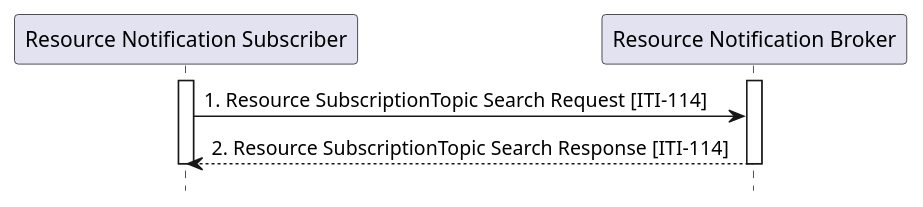
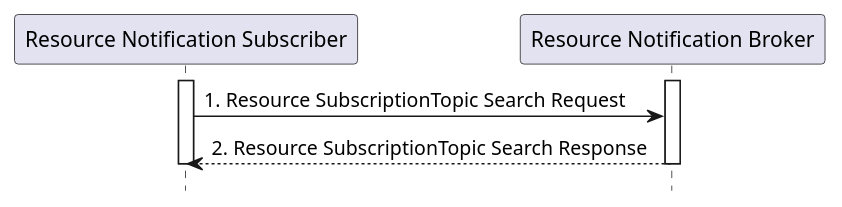
One commit to IHE/ITI.DSUBm changed the diagram in input/images-source/ITI-114-SubscriptionTopic-seq.plantuml. Above: the diagram before and after it, drawn with PlantUML. The commit also changed 5 other files, not shown here.

```diff
--- a/input/images-source/ITI-114-SubscriptionTopic-seq.plantuml
+++ b/input/images-source/ITI-114-SubscriptionTopic-seq.plantuml
@@ -1,16 +1,16 @@
 @startuml
 hide footbox
 participant "Resource Notification Subscriber" as  Subscriber
 participant "Resource Notification Broker" as  Broker
 
 
 
 activate Subscriber
 activate Broker
-Subscriber -> Broker : 1. Resource SubscriptionTopic Search Request [ITI-114]
-Broker --> Subscriber : 2. Resource SubscriptionTopic Search Response [ITI-114]
+Subscriber -> Broker : 1. Resource SubscriptionTopic Search Request 
+Broker --> Subscriber : 2. Resource SubscriptionTopic Search Response 
 
 deactivate Broker
 deactivate Subscriber
 
 @enduml
```
